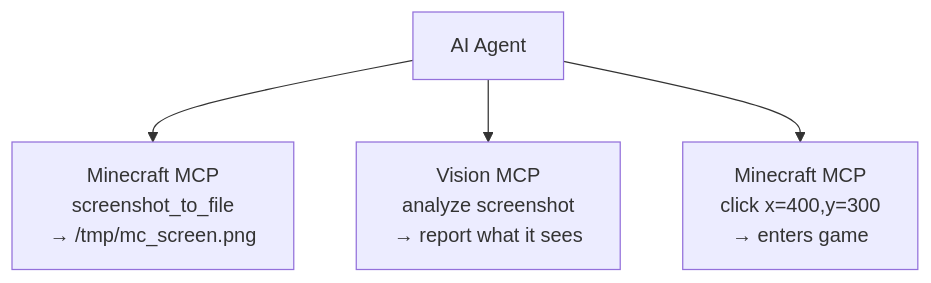
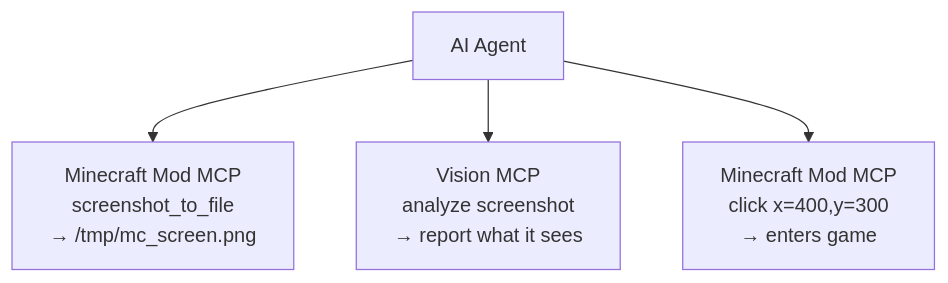
One commit to langyo/minecraft-mod-mcp changed the diagram in docs/guides/en/AI-TOOLS.md. Above: the diagram before and after it, drawn with Mermaid. The commit also changed other lines of this file and 100 other files, not shown here.

Commit message:
chore: remove hardcoded JDK paths, bump version to 0.1.0, rename to Minecraft Mod MCP

````diff
--- a/docs/guides/en/AI-TOOLS.md
+++ b/docs/guides/en/AI-TOOLS.md
@@ -568,7 +568,7 @@
 ```mermaid
 flowchart TD
     A["AI Agent"]
-    A --> B["Minecraft MCP<br/>screenshot_to_file<br/>→ /tmp/mc_screen.png"]
+    A --> B["Minecraft Mod MCP<br/>screenshot_to_file<br/>→ /tmp/mc_screen.png"]
     A --> C["Vision MCP<br/>analyze screenshot<br/>→ report what it sees"]
-    A --> D["Minecraft MCP<br/>click x=400,y=300<br/>→ enters game"]
+    A --> D["Minecraft Mod MCP<br/>click x=400,y=300<br/>→ enters game"]
 ```
````
